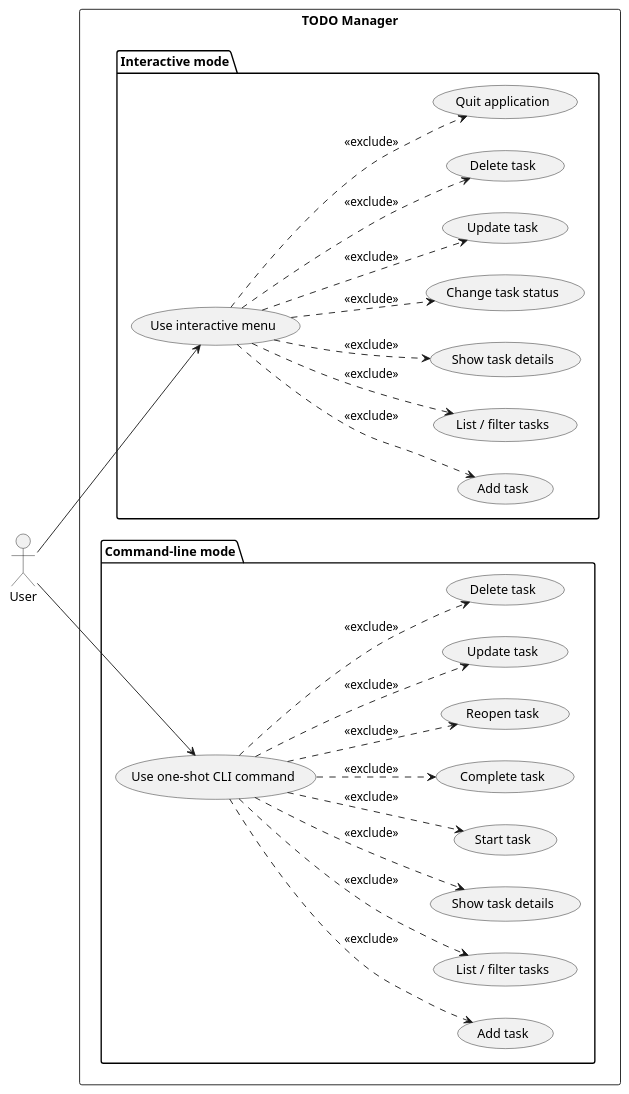
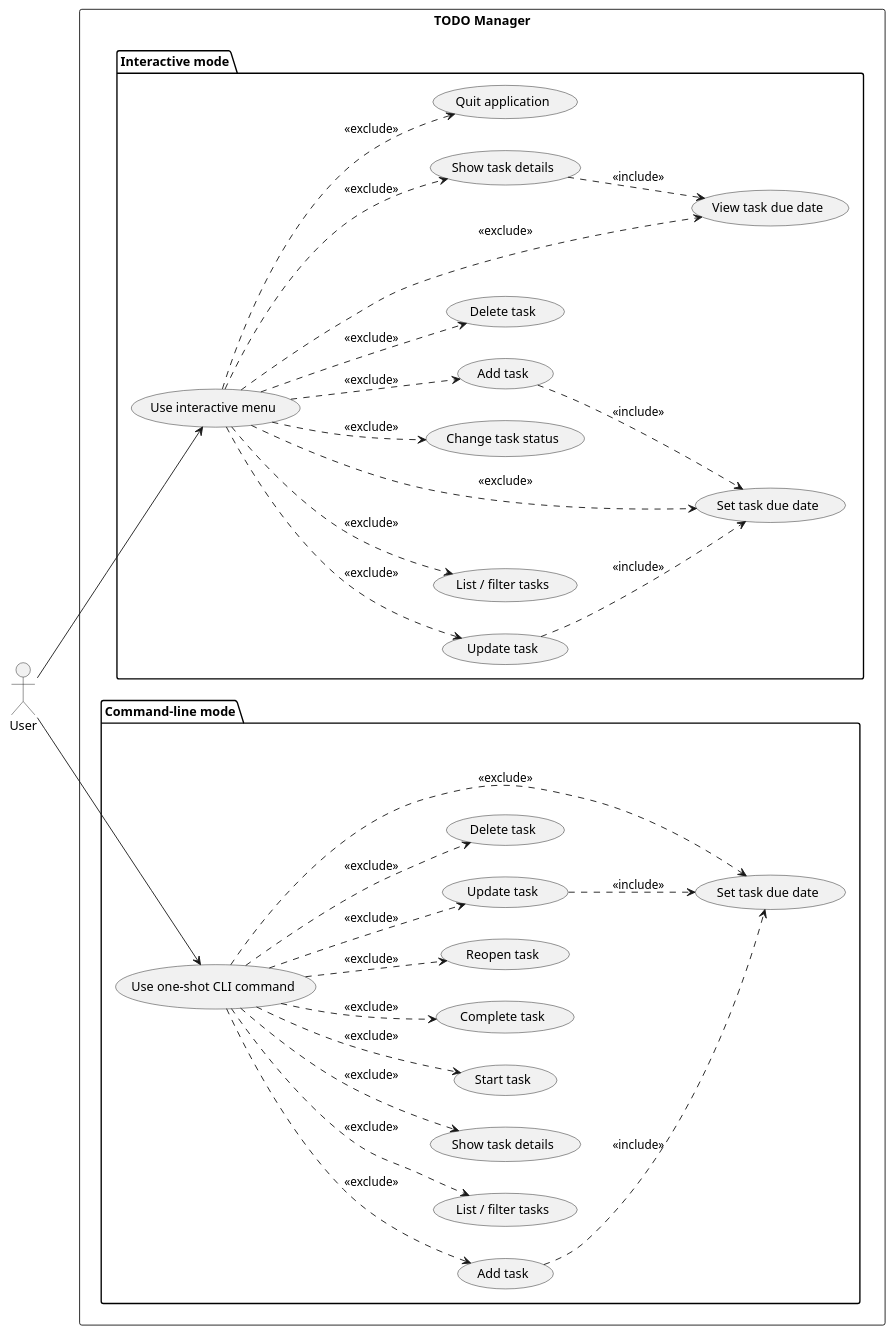
One commit to DanielRiha8906/Software_autoevolution_using_agents changed the diagram in experiments/supervisor_as_tools/user_stories/TODO/artifacts/use_case_diagram.puml. Above: the diagram before and after it, drawn with PlantUML. The commit also changed 15 other files, not shown here.

First line of the commit message:
task 01 | Add due date feature to TODO app

```diff
--- a/experiments/supervisor_as_tools/user_stories/TODO/artifacts/use_case_diagram.puml
+++ b/experiments/supervisor_as_tools/user_stories/TODO/artifacts/use_case_diagram.puml
@@ -1,53 +1,66 @@
 @startuml use_case_diagram
 
 left to right direction
 
 actor User
 
 rectangle "TODO Manager" {
 
   package "Interactive mode" {
     usecase "Use interactive menu" as UI
     usecase "Add task" as I_ADD
     usecase "List / filter tasks" as I_LIST
     usecase "Show task details" as I_SHOW
     usecase "Change task status" as I_STATUS
     usecase "Update task" as I_UPDATE
     usecase "Delete task" as I_DELETE
+    usecase "Set task due date" as I_DUEDATE
+    usecase "View task due date" as I_VIEWDUE
     usecase "Quit application" as I_QUIT
   }
 
   package "Command-line mode" {
     usecase "Use one-shot CLI command" as CLI
     usecase "Add task" as C_ADD
     usecase "List / filter tasks" as C_LIST
     usecase "Show task details" as C_SHOW
     usecase "Start task" as C_START
     usecase "Complete task" as C_DONE
     usecase "Reopen task" as C_REOPEN
     usecase "Update task" as C_UPDATE
     usecase "Delete task" as C_DELETE
+    usecase "Set task due date" as C_DUEDATE
   }
 }
 
 User --> UI
 User --> CLI
 
 UI ..> I_ADD    : <<exclude>>
 UI ..> I_LIST   : <<exclude>>
 UI ..> I_SHOW   : <<exclude>>
 UI ..> I_STATUS : <<exclude>>
 UI ..> I_UPDATE : <<exclude>>
 UI ..> I_DELETE : <<exclude>>
+UI ..> I_DUEDATE : <<exclude>>
+UI ..> I_VIEWDUE : <<exclude>>
 UI ..> I_QUIT   : <<exclude>>
+
+I_ADD ..> I_DUEDATE : <<include>>
+I_UPDATE ..> I_DUEDATE : <<include>>
+I_SHOW ..> I_VIEWDUE : <<include>>
 
 CLI ..> C_ADD    : <<exclude>>
 CLI ..> C_LIST   : <<exclude>>
 CLI ..> C_SHOW   : <<exclude>>
 CLI ..> C_START  : <<exclude>>
 CLI ..> C_DONE   : <<exclude>>
 CLI ..> C_REOPEN : <<exclude>>
 CLI ..> C_UPDATE : <<exclude>>
 CLI ..> C_DELETE : <<exclude>>
+CLI ..> C_DUEDATE : <<exclude>>
+
+C_ADD ..> C_DUEDATE : <<include>>
+C_UPDATE ..> C_DUEDATE : <<include>>
 
 @enduml
```
